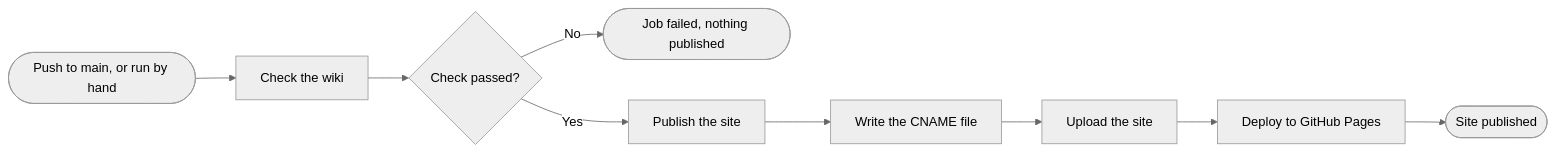
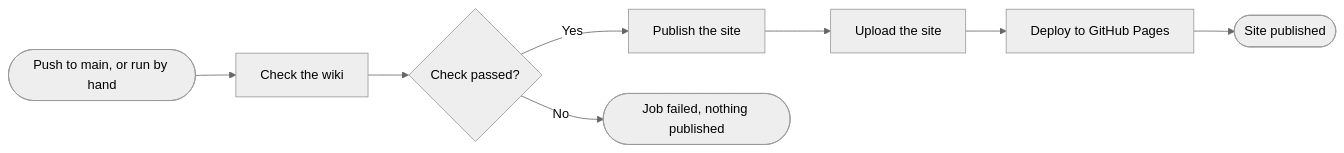
The diagram in docs/wiki/pages/deployment-github.md (timothymarois/wiki-builder), drawn with Mermaid (neutral theme) before and after one commit. The commit also changed other lines of this file and 27 other files, not shown here.

````diff
--- a/docs/wiki/pages/deployment-github.md
+++ b/docs/wiki/pages/deployment-github.md
@@ -37,9 +37,9 @@
 ```mermaid
 flowchart LR
   accTitle: Publishing the wiki to GitHub Pages
   accDescr: A push to main, or a run started by hand, checks the wiki. A problem fails the job and nothing is published; otherwise the site is published, uploaded and deployed to GitHub Pages.
   started(["Push to main, or run by hand"]) --> check["Check the wiki"] --> passed{"Check passed?"}
+  passed -- "Yes" --> publish["Publish the site"] --> upload["Upload the site"]
+  upload --> deploy["Deploy to GitHub Pages"] --> live(["Site published"])
   passed -- "No" --> failed(["Job failed, nothing published"])
-  passed -- "Yes" --> publish["Publish the site"] --> cname["Write the CNAME file"]
-  cname --> upload["Upload the site"] --> deploy["Deploy to GitHub Pages"] --> live(["Site published"])
 ```
````
